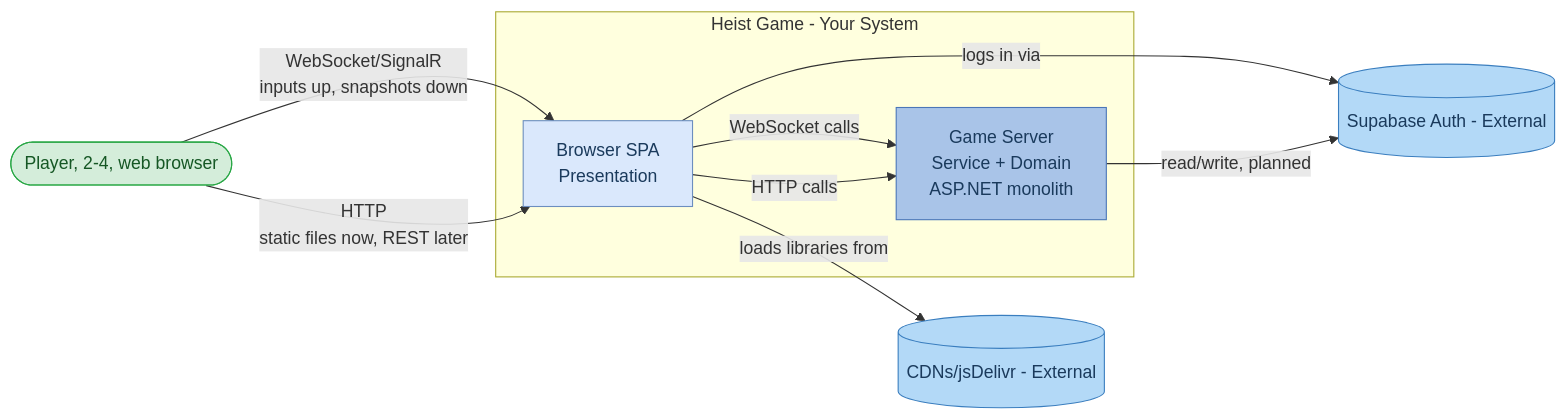
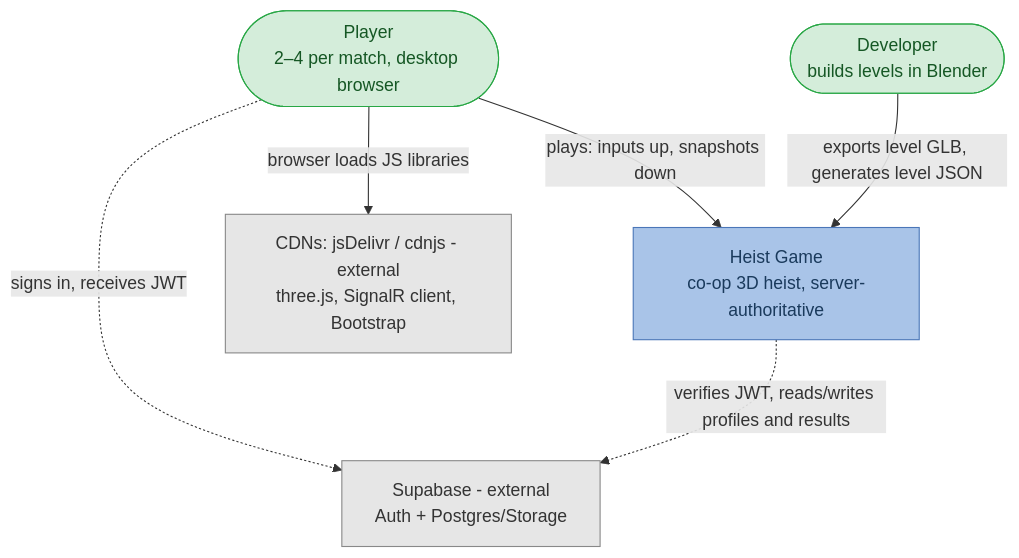
The first of 4 diagrams in README.md (esway001/cen5064-project-swayne), drawn with Mermaid before and after one commit. The commit also changed other lines of this file, not shown here.

Commit message:
Revise C4 diagrams and update session details
Updated the C4 context and container diagrams with new player and developer roles, as well as changes to the Heist game system architecture.

````diff
--- a/README.md
+++ b/README.md
@@ -68,26 +60,24 @@
 ```mermaid
-flowchart LR
-    player([Player, 2-4, web browser]) -->|WebSocket/SignalR<br/>inputs up, snapshots down| spa
-    player -->|HTTP<br/>static files now, REST later| spa
-
-    subgraph HeistSystem [Heist Game - Your System]
-        spa[Browser SPA<br/>Presentation]
-        spa -->|WebSocket calls| gameserver
-        spa -->|HTTP calls| gameserver
-        gameserver[Game Server<br/>Service + Domain<br/>ASP.NET monolith]
-    end
-
-    spa -->|logs in via| db[(Supabase Auth - External)]
-    gameserver -->|read/write, planned| db
-    spa -->|loads libraries from| dbJS[(CDNs/jsDelivr - External)]
-
+flowchart TB
+    player([Player<br/>2–4 per match, desktop browser])
+    dev([Developer<br/>builds levels in Blender])
+ 
+    heist[Heist Game<br/>co-op 3D heist, server-authoritative]
+ 
+    supabase[Supabase - external<br/>Auth + Postgres/Storage]
+    cdn[CDNs: jsDelivr / cdnjs - external<br/>three.js, SignalR client, Bootstrap]
+ 
+    player -->|plays: inputs up, snapshots down| heist
+    player -.->|signs in, receives JWT| supabase
+    player -->|browser loads JS libraries| cdn
+    heist -.->|verifies JWT, reads/writes profiles and results| supabase
+    dev -->|exports level GLB, generates level JSON| heist
+ 
     classDef person fill:#d4edda,stroke:#28a745,color:#155724
-    classDef presentation fill:#dae8fc,stroke:#6c8ebf,color:#1a3a5c
-    classDef appdomain fill:#a9c4e8,stroke:#4a76b8,color:#1a3a5c
-    classDef data fill:#b3d9f7,stroke:#3a7ebf,color:#1a3a5c
-
-    class player person
-    class spa presentation
-    class gameserver appdomain
-    class db,dbJS data
+    classDef system fill:#a9c4e8,stroke:#4a76b8,color:#1a3a5c
+    classDef external fill:#e6e6e6,stroke:#888888,color:#333333
+ 
+    class player,dev person
+    class heist system
+    class supabase,cdn external
 ```
````
